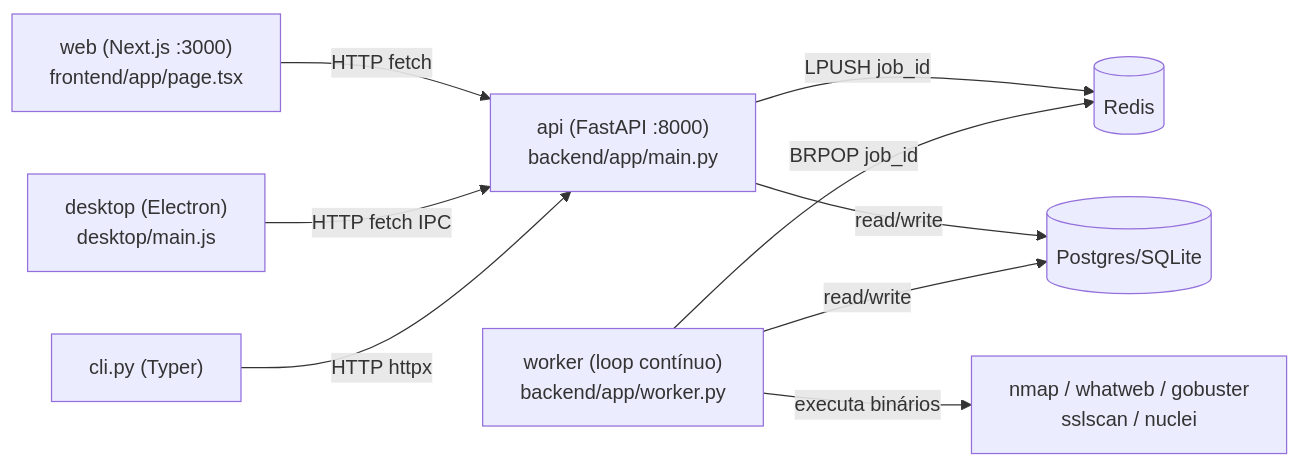
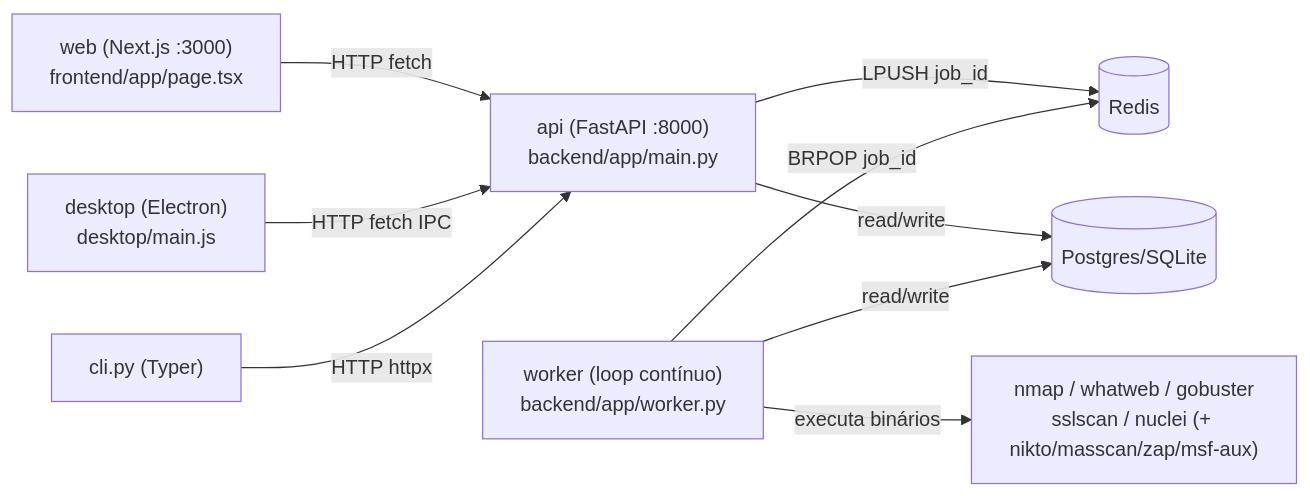
Before and after one commit to mauromantilha/ethoscan: the first of 2 diagrams in docs/architecture.md, drawn with Mermaid. The commit also changed other lines of this file and 24 other files, not shown here.

````diff
--- a/docs/architecture.md
+++ b/docs/architecture.md
@@ -13,11 +13,11 @@
 ```mermaid
 flowchart LR
     web["web (Next.js :3000)\nfrontend/app/page.tsx"] -->|HTTP fetch| api
     desktop["desktop (Electron)\ndesktop/main.js"] -->|HTTP fetch IPC| api
     cli["cli.py (Typer)"] -->|HTTP httpx| api
     api["api (FastAPI :8000)\nbackend/app/main.py"] -->|LPUSH job_id| redis[(Redis)]
     api -->|read/write| pg[(Postgres/SQLite)]
     worker["worker (loop contínuo)\nbackend/app/worker.py"] -->|BRPOP job_id| redis
     worker -->|read/write| pg
-    worker -->|executa binários| tools["nmap / whatweb / gobuster\nsslscan / nuclei"]
+    worker -->|executa binários| tools["nmap / whatweb / gobuster\nsslscan / nuclei (+ nikto/masscan/zap/msf-aux)"]
 ```
````
